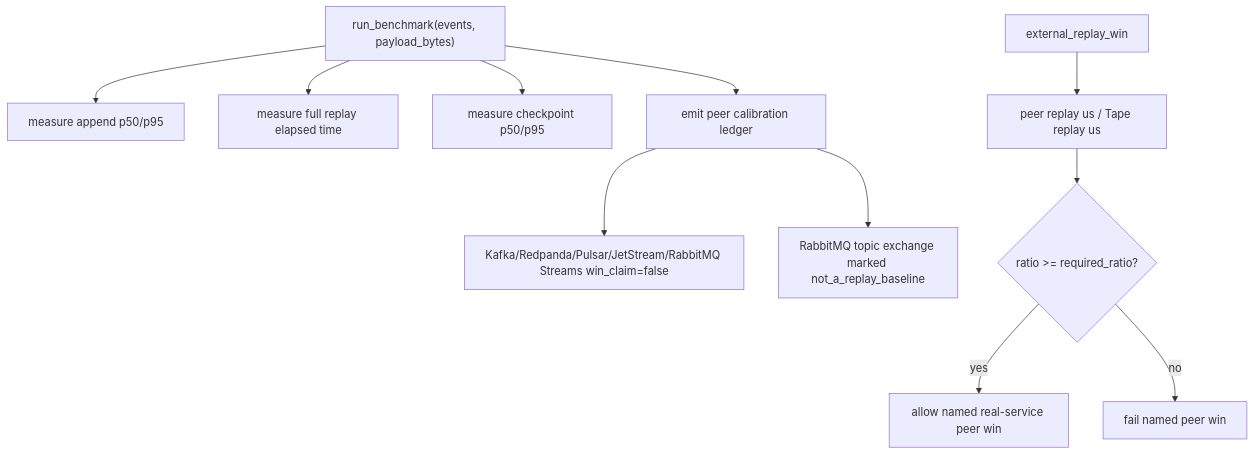
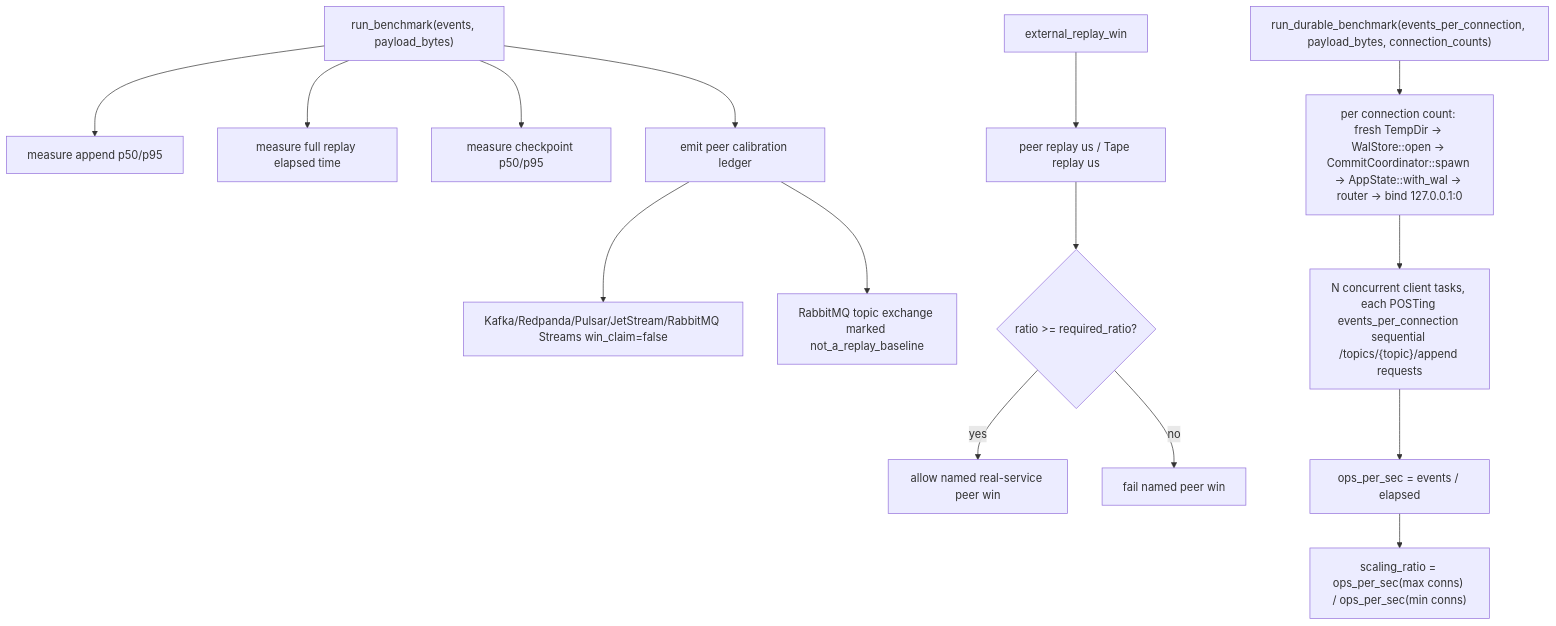
One commit to chrischeng-c4/axiom changed the first of 2 diagrams in apps/tape/tech-design/semantic/source/apps-tape-src-bench-rs.md. Above: the diagram before and after it, drawn with Mermaid. The commit also changed other lines of this file and 9 other files, not shown here.

````diff
--- a/apps/tape/tech-design/semantic/source/apps-tape-src-bench-rs.md
+++ b/apps/tape/tech-design/semantic/source/apps-tape-src-bench-rs.md
@@ -28,16 +35,21 @@
 ```mermaid
 ---
 id: tape-td-flow
 ---
 flowchart TD
     bench["run_benchmark(events, payload_bytes)"] --> append["measure append p50/p95"]
     bench --> replay["measure full replay elapsed time"]
     bench --> checkpoint["measure checkpoint p50/p95"]
     bench --> peers["emit peer calibration ledger"]
     peers --> no_win["Kafka/Redpanda/Pulsar/JetStream/RabbitMQ Streams win_claim=false"]
     peers --> exchange["RabbitMQ topic exchange marked not_a_replay_baseline"]
     external["external_replay_win"] --> ratio["peer replay us / Tape replay us"]
     ratio --> gate{"ratio >= required_ratio?"}
     gate -->|yes| win["allow named real-service peer win"]
     gate -->|no| fail["fail named peer win"]
+
+    durable["run_durable_benchmark(events_per_connection, payload_bytes, connection_counts)"] --> sample["per connection count: fresh TempDir -> WalStore::open -> CommitCoordinator::spawn -> AppState::with_wal -> router -> bind 127.0.0.1:0"]
+    sample --> drive["N concurrent client tasks, each POSTing events_per_connection sequential /topics/{topic}/append requests"]
+    drive --> measure["ops_per_sec = events / elapsed"]
+    measure --> ratio2["scaling_ratio = ops_per_sec(max conns) / ops_per_sec(min conns)"]
 ```
````
